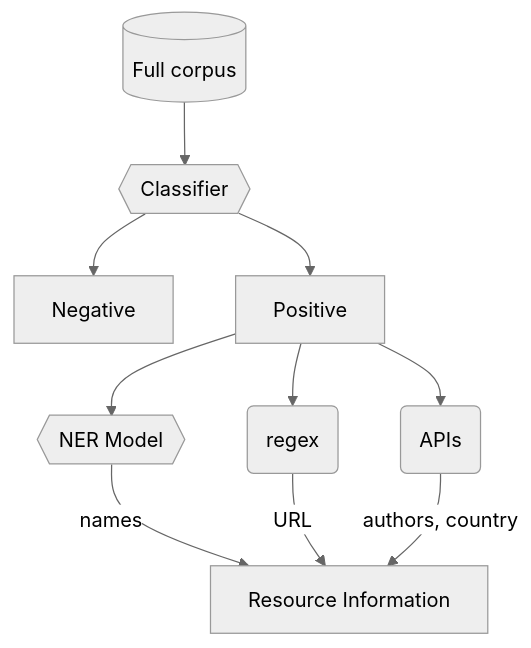
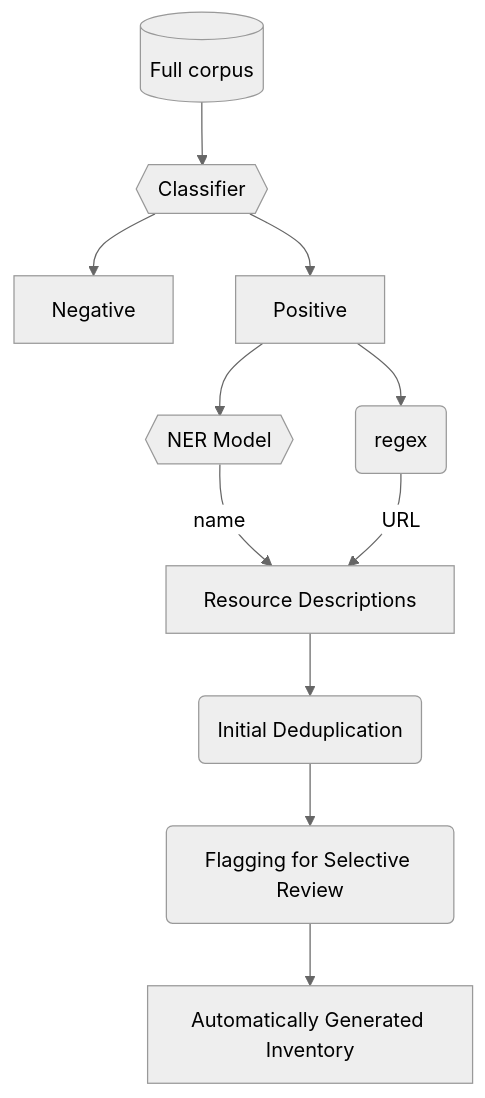
One commit to globalbiodata/inventory_2022 changed the fourth of 5 diagrams in README.md. Above: the diagram before and after it, drawn with Mermaid (neutral theme). The commit also changed other lines of this file, not shown here.

````diff
--- a/README.md
+++ b/README.md
@@ -77,13 +87,14 @@
 ```mermaid
 graph TD
     corpus[(Full corpus)]
     corpus --> classifier{{Classifier}}
     classifier --> neg[Negative]
     classifier --> pos[Positive]
     pos --> ner{{NER Model}}
     pos --> regex(regex)
-    pos --> scrape(APIs)
-    ner -- names --> attr[Resource Information]
+    ner -- name --> attr[Resource Descriptions]
     regex -- URL --> attr
-    scrape -- authors, country --> attr
+    attr --> dedup(Initial Deduplication)
+    dedup --> flag(Flagging for Selective Review)
+    flag --> auto_inv[Automatically Generated Inventory]
 ```
````
